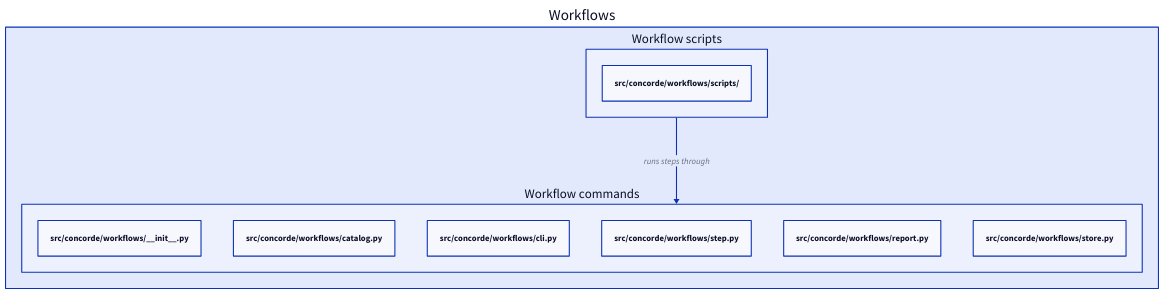
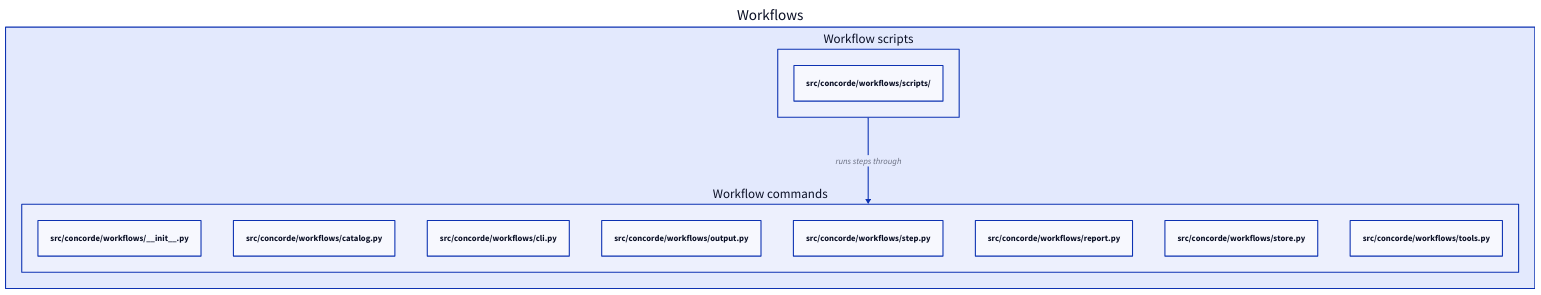
Before and after one commit to FTOD/concorde: the fourth of 4 diagrams in specs/concorde/workflows/module.md, drawn with D2. The commit also changed other lines of this file and 44 other files, not shown here.

````diff
--- a/specs/concorde/workflows/module.md
+++ b/specs/concorde/workflows/module.md
@@ -497,16 +498,18 @@
 ```d2
 workflows: Workflows {
   commands: Workflow commands {
     "src/concorde/workflows/__init__.py"
     "src/concorde/workflows/catalog.py"
     "src/concorde/workflows/cli.py"
+    "src/concorde/workflows/output.py"
     "src/concorde/workflows/step.py"
     "src/concorde/workflows/report.py"
     "src/concorde/workflows/store.py"
+    "src/concorde/workflows/tools.py"
   }
   scripts: Workflow scripts {
     "src/concorde/workflows/scripts/"
   }
   scripts -> commands: runs steps through
 }
 ```
````
